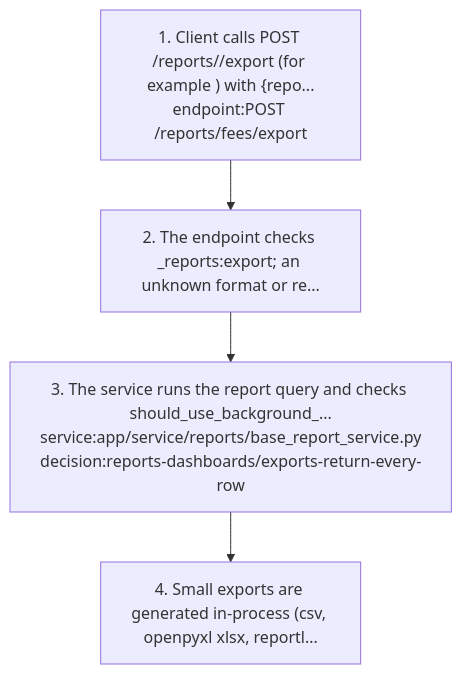
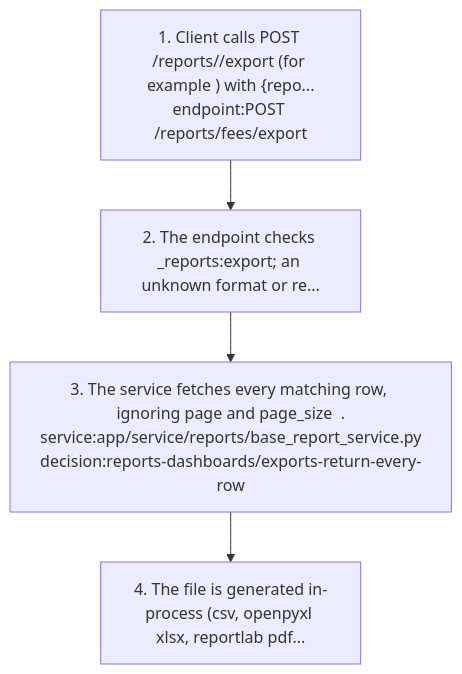
The third of 6 diagrams in docs/graph/views/reports-dashboards.md (nerellasraj21/cos360_full_app), drawn with Mermaid before and after one commit. The commit also changed other lines of this file and 5 other files, not shown here.

First line of the commit message:
Stream student and staff summary exports instead of the background job

````diff
--- a/docs/graph/views/reports-dashboards.md
+++ b/docs/graph/views/reports-dashboards.md
@@ -211,10 +214,10 @@
 ```mermaid
 flowchart TD
   s1["1. Client calls POST /reports/<group>/export (for example ) with {repo...<br/>endpoint:POST /reports/fees/export"]
   s2["2. The endpoint checks <group>_reports:export; an unknown format or re..."]
   s1 --> s2
-  s3["3. The service runs the report query and checks should_use_background_...<br/>service:app/service/reports/base_report_service.py<br/>decision:reports-dashboards/exports-return-every-row"]
+  s3["3. The service fetches every matching row, ignoring page and page_size  .<br/>service:app/service/reports/base_report_service.py<br/>decision:reports-dashboards/exports-return-every-row"]
   s2 --> s3
-  s4["4. Small exports are generated in-process (csv, openpyxl xlsx, reportl..."]
+  s4["4. The file is generated in-process (csv, openpyxl xlsx, reportlab pdf..."]
   s3 --> s4
 ```
````
